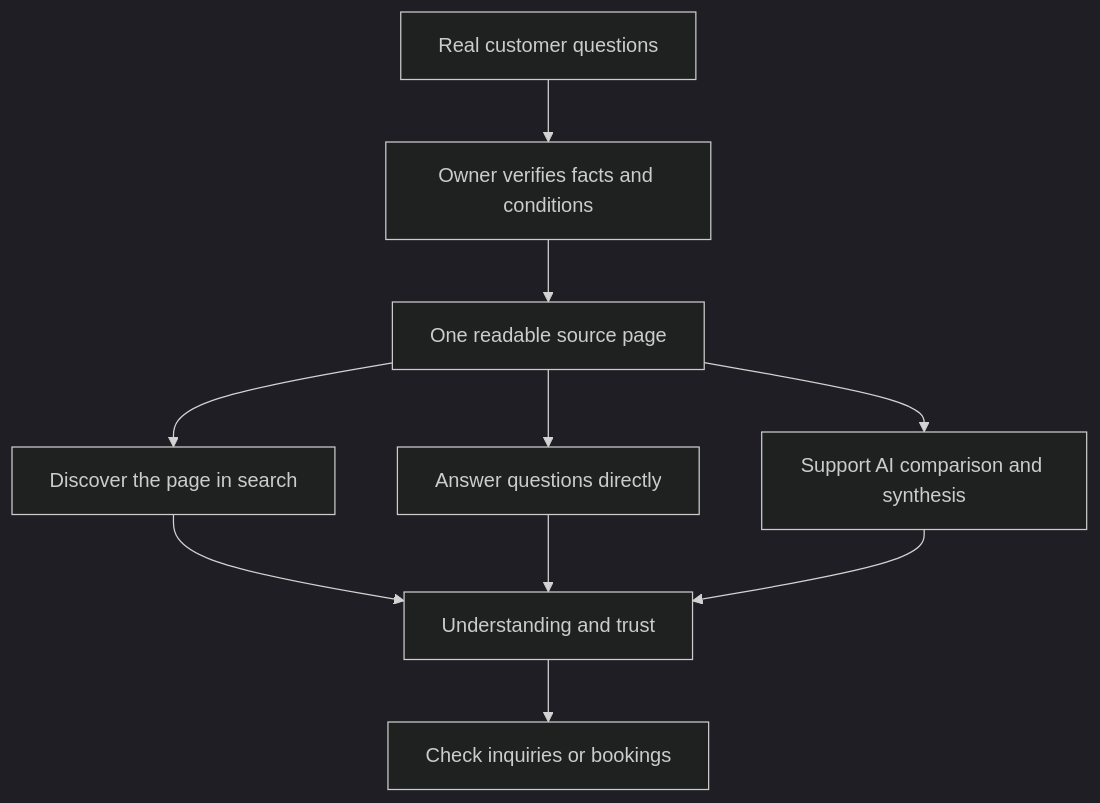
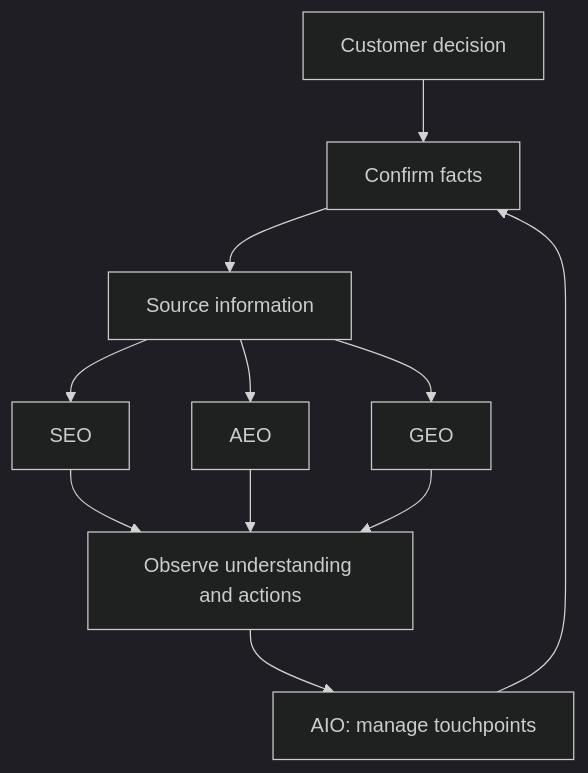
The diagram in knowledge/en/digital-marketing/search-and-ai-discovery.md (KamiJeong/engineering-fieldbook), drawn with Mermaid (dark theme) before and after one commit. The commit also changed other lines of this file and 22 other files, not shown here.

````diff
--- a/knowledge/en/digital-marketing/search-and-ai-discovery.md
+++ b/knowledge/en/digital-marketing/search-and-ai-discovery.md
@@ -172,12 +122,13 @@
 ```mermaid
 flowchart TD
-    A[Real customer questions] --> B[Owner verifies facts and conditions]
-    B --> C[One readable source page]
-    C --> D[Discover the page in search]
-    C --> E[Answer questions directly]
-    C --> F[Support AI comparison and synthesis]
-    D --> G[Understanding and trust]
+    A[Customer decision] --> B[Confirm facts]
+    B --> C[Source information]
+    C --> D[SEO]
+    C --> E[AEO]
+    C --> F[GEO]
+    D --> G[Observe understanding and actions]
     E --> G
     F --> G
-    G --> H[Check inquiries or bookings]
+    G --> H[AIO: manage touchpoints]
+    H --> B
 ```
````
